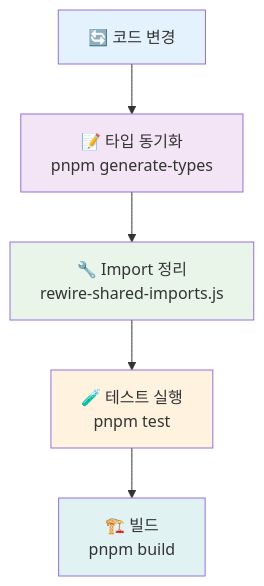
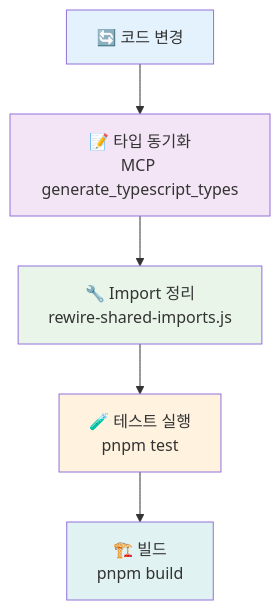
The third of 4 diagrams in scripts/README.md (positivemultiplier/posmul), drawn with Mermaid before and after one commit. The commit also changed other lines of this file and 27 other files, not shown here.

````diff
--- a/scripts/README.md
+++ b/scripts/README.md
@@ -110,13 +107,13 @@
 ```mermaid
 flowchart TD
-    A["🔄 코드 변경"] --> B["📝 타입 동기화<br/>pnpm generate-types"]
+    A["🔄 코드 변경"] --> B["📝 타입 동기화<br/>MCP generate_typescript_types"]
     B --> C["🔧 Import 정리<br/>rewire-shared-imports.js"]
     C --> D["🧪 테스트 실행<br/>pnpm test"]
     D --> E["🏗️ 빌드<br/>pnpm build"]
     
     style A fill:#e3f2fd
     style B fill:#f3e5f5
     style C fill:#e8f5e8
     style D fill:#fff3e0
     style E fill:#e0f2f1
 ```
````
